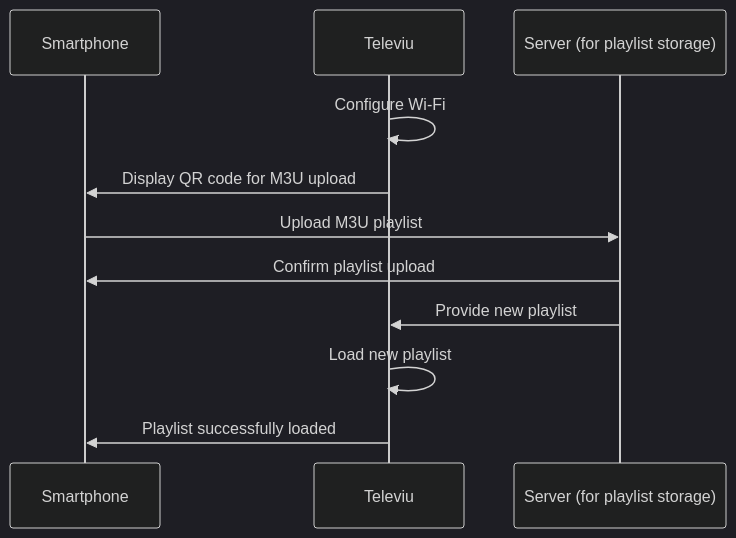
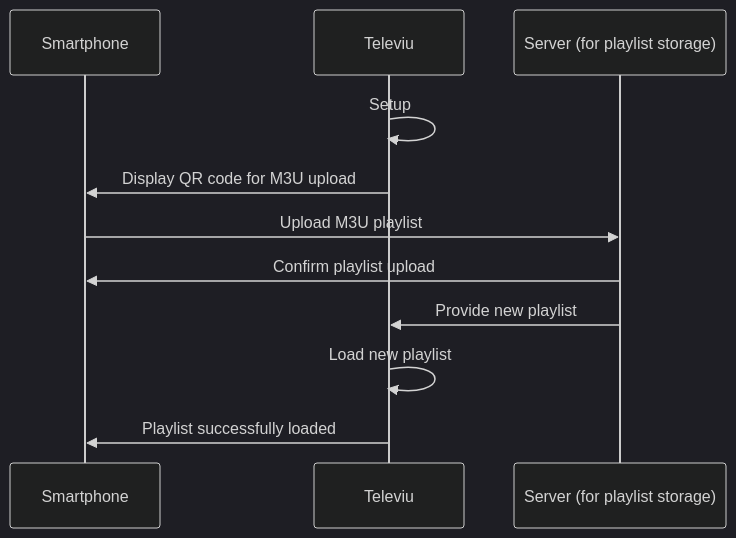
One commit to Telecaixa/.github changed the diagram in profile/README.md. Above: the diagram before and after it, drawn with Mermaid (dark theme). The commit also changed other lines of this file, not shown here.

Commit message:
docs: update logo, remove about section and rename wifi stage to setup

````diff
--- a/profile/README.md
+++ b/profile/README.md
@@ -25,14 +25,14 @@
 ```mermaid
 sequenceDiagram
     participant User as Smartphone
     participant System as Televiu
     participant Server as Server (for playlist storage)
 
-    System->>System: Configure Wi-Fi
+    System->>System: Setup
     System->>User: Display QR code for M3U upload
     User->>Server: Upload M3U playlist
     Server->>User: Confirm playlist upload
     Server->>System: Provide new playlist
     System->>System: Load new playlist
     System->>User: Playlist successfully loaded
 ```
````
